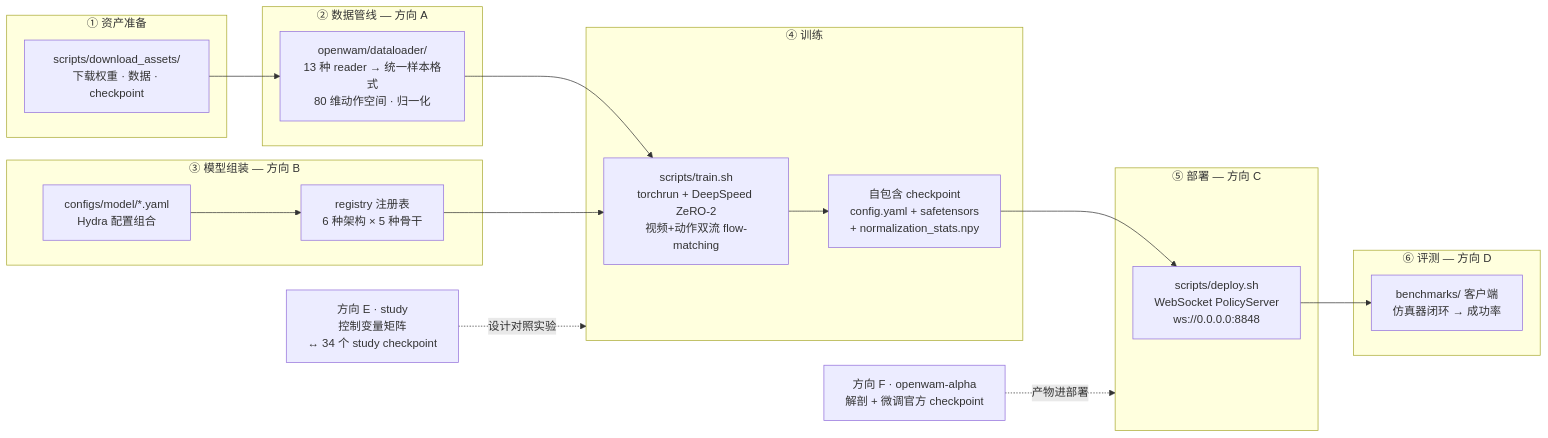
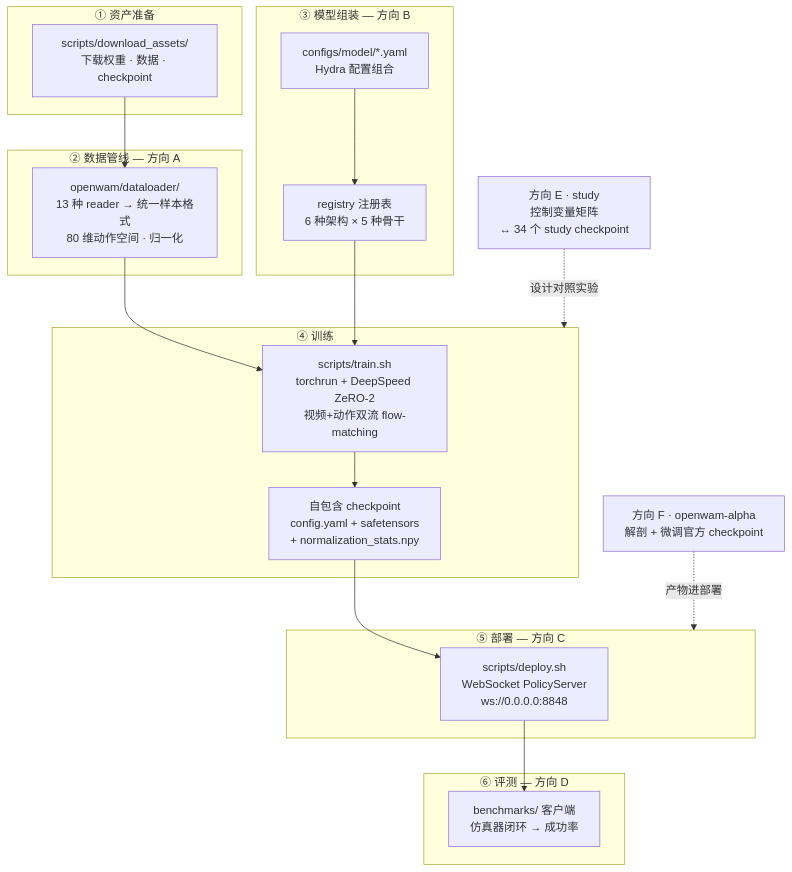
Before and after one commit to sasasatori/kaiyuan: the first of 2 diagrams in OpenWAM任务书/README.md, drawn with Mermaid. The commit also changed other lines of this file and 3 other files, not shown here.

Commit message:
docs(site): larger body font, vertical mermaid layout, natural-size diagram css

````diff
--- a/OpenWAM任务书/README.md
+++ b/OpenWAM任务书/README.md
@@ -23,30 +23,30 @@
 ```mermaid
-flowchart LR
+flowchart TD
     subgraph S1["① 资产准备"]
         DL["scripts/download_assets/<br/>下载权重 · 数据 · checkpoint"]
     end
     subgraph S2["② 数据管线 — 方向 A"]
         DS["openwam/dataloader/<br/>13 种 reader → 统一样本格式<br/>80 维动作空间 · 归一化"]
     end
     subgraph S3["③ 模型组装 — 方向 B"]
         CFG["configs/model/*.yaml<br/>Hydra 配置组合"]
         REG["registry 注册表<br/>6 种架构 × 5 种骨干"]
         CFG --> REG
     end
     subgraph S4["④ 训练"]
         TR["scripts/train.sh<br/>torchrun + DeepSpeed ZeRO-2<br/>视频+动作双流 flow-matching"]
         CKPT["自包含 checkpoint<br/>config.yaml + safetensors<br/>+ normalization_stats.npy"]
         TR --> CKPT
     end
     subgraph S5["⑤ 部署 — 方向 C"]
         SRV["scripts/deploy.sh<br/>WebSocket PolicyServer<br/>ws://0.0.0.0:8848"]
     end
     subgraph S6["⑥ 评测 — 方向 D"]
         EV["benchmarks/ 客户端<br/>仿真器闭环 → 成功率"]
     end
     DL --> DS --> TR
     REG --> TR
     CKPT --> SRV --> EV
     SE["方向 E · study<br/>控制变量矩阵<br/>↔ 34 个 study checkpoint"] -. 设计对照实验 .-> S4
     AL["方向 F · openwam-alpha<br/>解剖 + 微调官方 checkpoint"] -. 产物进部署 .-> S5
 ```
````
